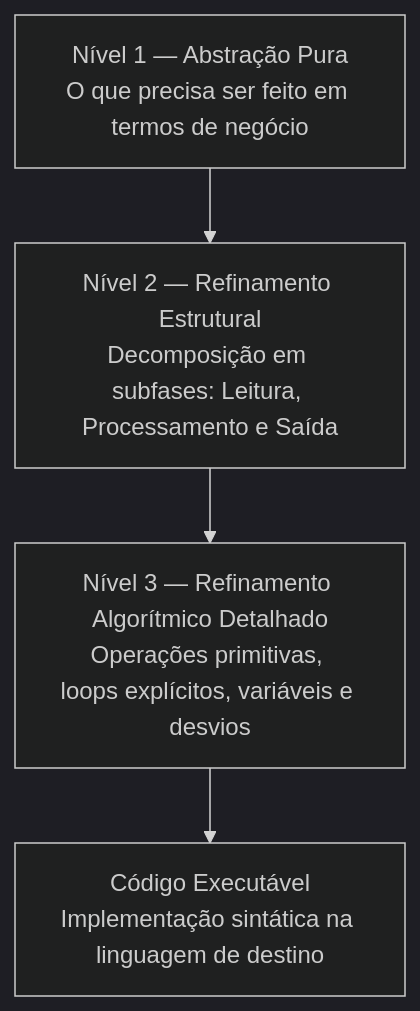
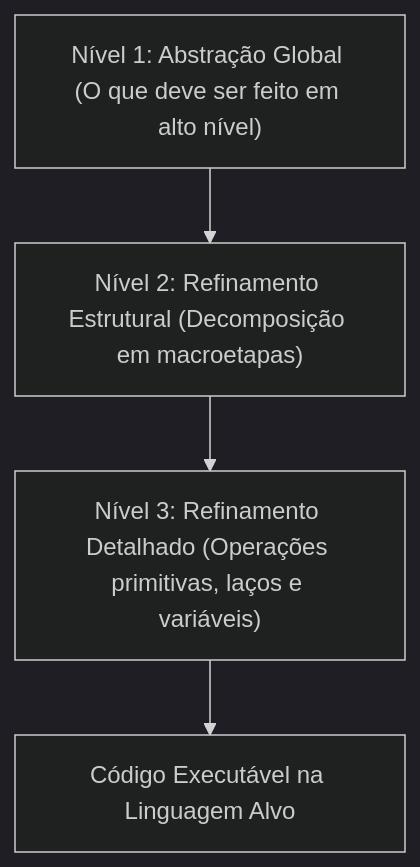
Before and after one commit to murilolol/unifef: the fifth of 27 diagrams in 4º Semestre/[Prof. Wesley Soares] Estrutura de Dados I/Resumos-IA/Caderno-Consolidado.md, drawn with Mermaid (dark theme). The commit also changed other lines of this file and 40 other files, not shown here.

````diff
--- a/4º Semestre/[Prof. Wesley Soares] Estrutura de Dados I/Resumos-IA/Caderno-Consolidado.md
+++ b/4º Semestre/[Prof. Wesley Soares] Estrutura de Dados I/Resumos-IA/Caderno-Consolidado.md
@@ -248,6 +298,6 @@
 ```mermaid
 flowchart TD
-    N1["Nível 1 — Abstração Pura<br>O que precisa ser feito em termos de negócio"] --> N2["Nível 2 — Refinamento Estrutural<br>Decomposição em subfases: Leitura, Processamento e Saída"]
-    N2 --> N3["Nível 3 — Refinamento Algorítmico Detalhado<br>Operações primitivas, loops explícitos, variáveis e desvios"]
-    N3 --> N4["Código Executável<br>Implementação sintática na linguagem de destino"]
+    N1["Nível 1: Abstração Global (O que deve ser feito em alto nível)"] --> N2["Nível 2: Refinamento Estrutural (Decomposição em macroetapas)"]
+    N2 --> N3["Nível 3: Refinamento Detalhado (Operações primitivas, laços e variáveis)"]
+    N3 --> Codigo["Código Executável na Linguagem Alvo"]
 ```
````
